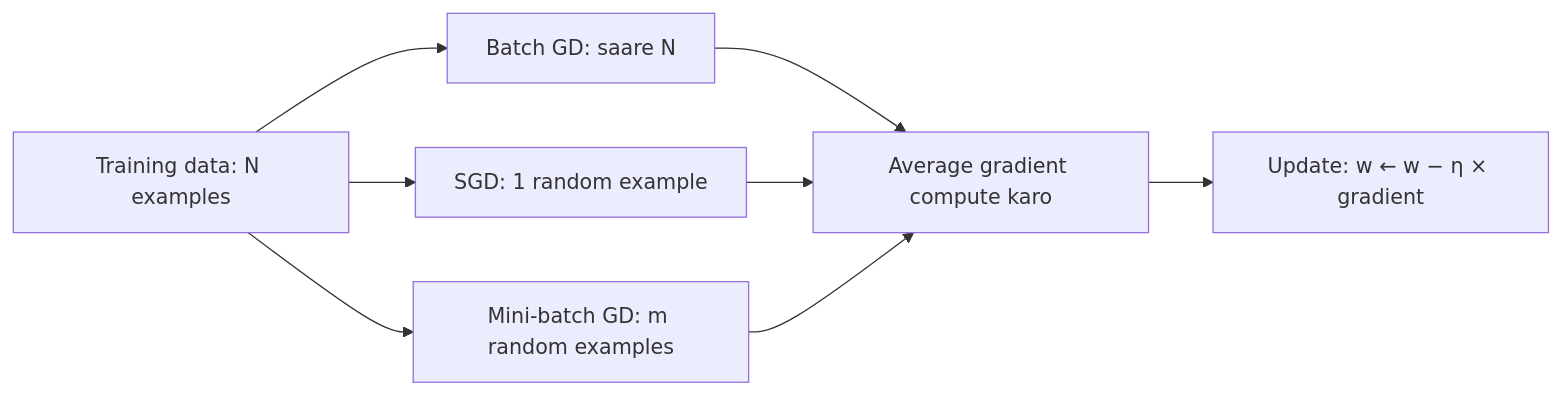
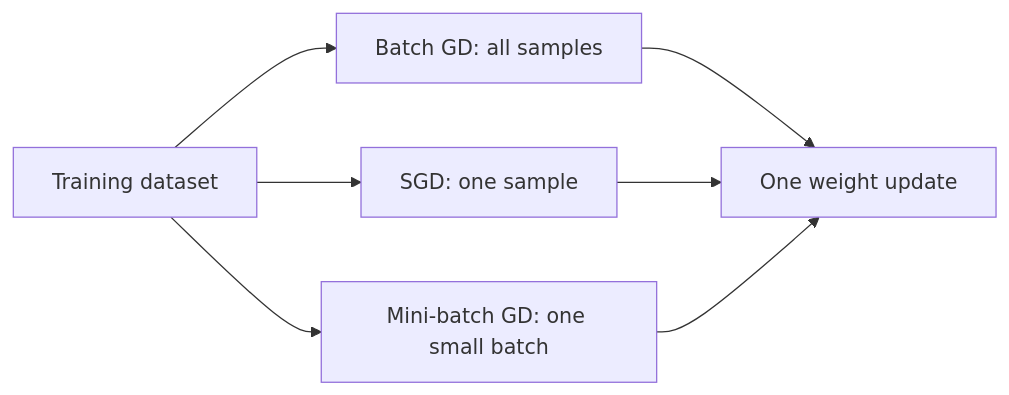
The third of 4 diagrams in content/deep-learning/notes/gradient-descent.hi.mdx (TrendySloth1001/sem-seven-notes), drawn with Mermaid before and after one commit. The commit also changed other lines of this file and 254 other files, not shown here.

Commit message:
Rewrite the backpropagation, gradient descent, regularization and autoencoder notes and their 29 answers from the teachers' class files. They use 185 teacher figures with class-notes citations only, and correct the AdaGrad, RMSProp, Nesterov and batch-norm numbers on the slides.

````diff
--- a/content/deep-learning/notes/gradient-descent.hi.mdx
+++ b/content/deep-learning/notes/gradient-descent.hi.mdx
@@ -320,11 +330,10 @@
 ```mermaid
-%% caption: Teeno types sirf is mein alag hain ki har gradient mein kitne examples jaate hain. "Gradient compute karo" ke baad sab same hai.
+%% caption: Gradient descent ke teeno types mein bas itna fark hai ki ek weight update se pehle kitne samples use hote hain.
 flowchart LR
-  D["Training data: N examples"] --> B["Batch GD: saare N"]
-  D --> S["SGD: 1 random example"]
-  D --> M["Mini-batch GD: m random examples"]
-  B --> G["Average gradient compute karo"]
-  S --> G
-  M --> G
-  G --> U["Update: w ← w − η × gradient"]
+  D["Training dataset"] --> A["Batch GD: all samples"]
+  D --> B["SGD: one sample"]
+  D --> C["Mini-batch GD: one small batch"]
+  A --> U["One weight update"]
+  B --> U
+  C --> U
 ```
````
